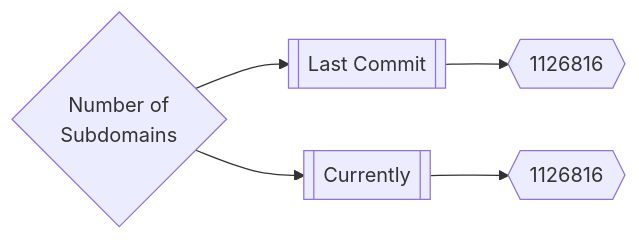
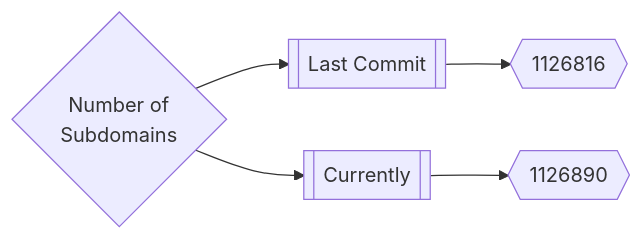
Before and after one commit to trickest/inventory: the first of 3 diagrams in README.md, drawn with Mermaid. The commit also changed other lines of this file, not shown here.

````diff
--- a/README.md
+++ b/README.md
@@ -165,5 +165,5 @@
 ```mermaid
 graph LR
 title{Number of<br>Subdomains} --> subdomainsDate1[[Last Commit]] --> subdomainsNum1{{1126816}}
-title --> subdomainsDate2[[Currently]] --> subdomainsNum2{{1126816}}
+title --> subdomainsDate2[[Currently]] --> subdomainsNum2{{1126890}}
 ```
````
